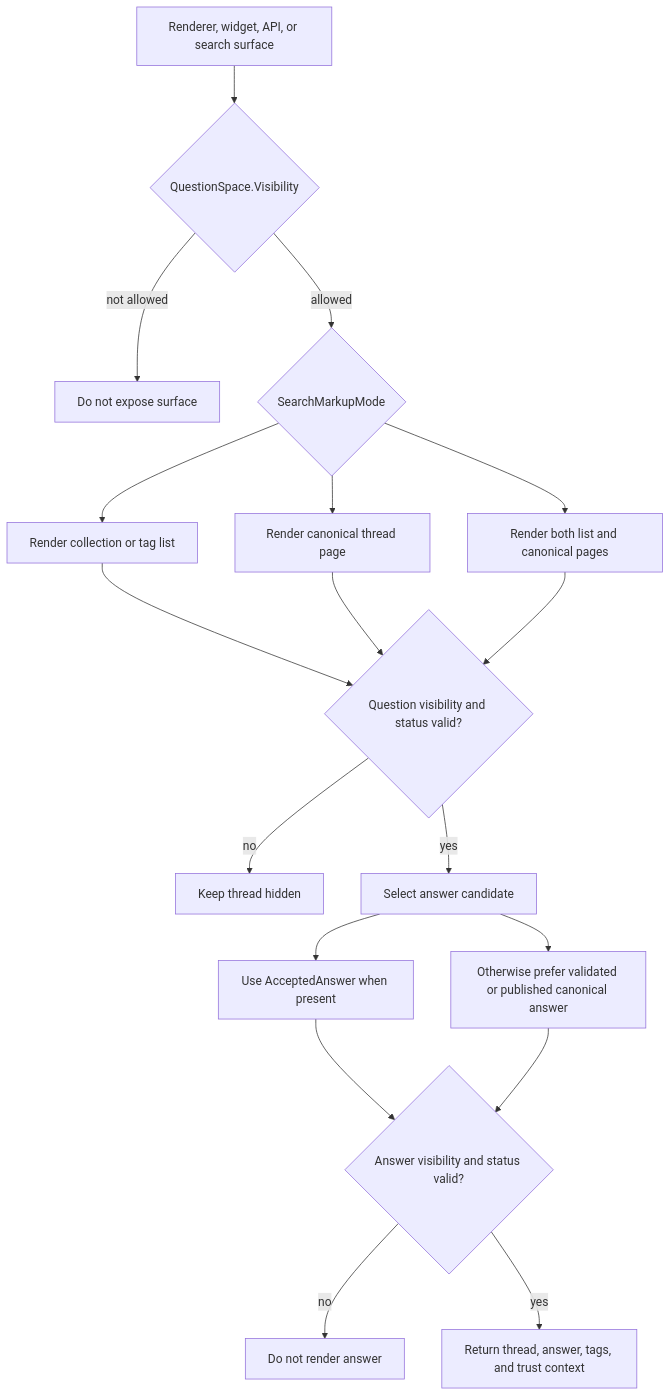
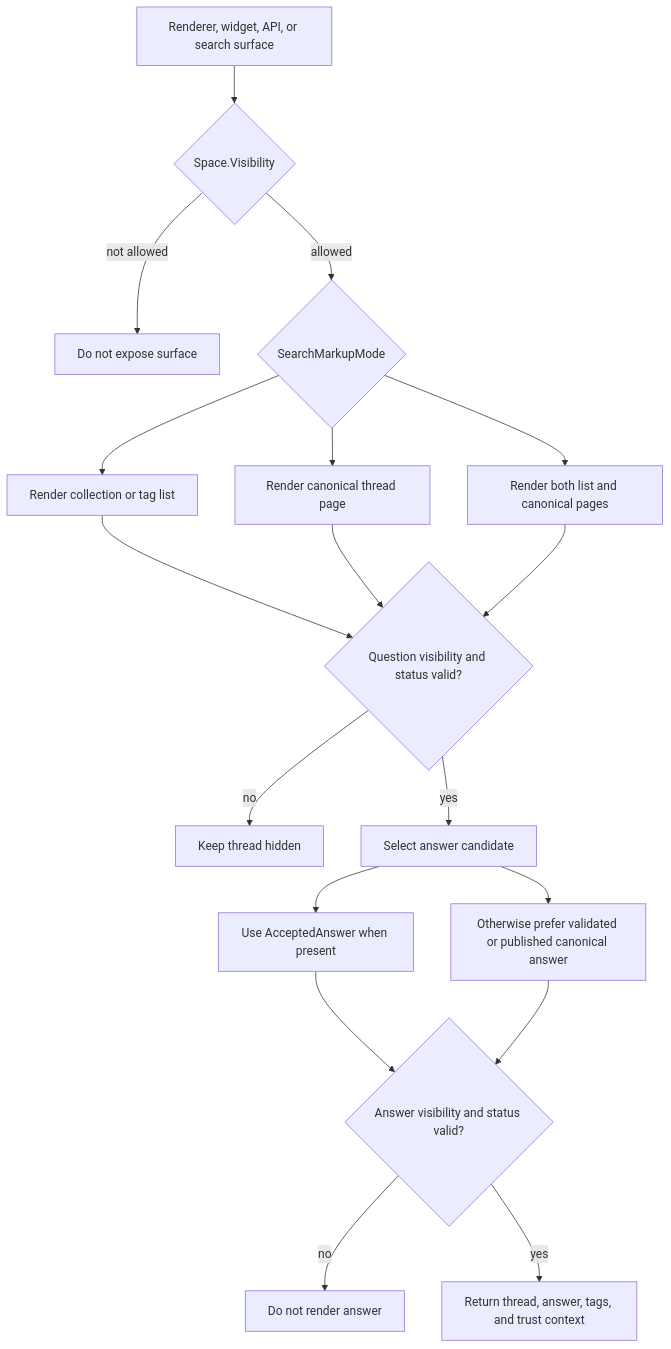
Before and after one commit to marcosrioj/querify: the diagram in dotnet/BaseFaq.Sample.Features.NewQaModel/Flows/07-discovery-and-consumption.md, drawn with Mermaid. The commit also changed other lines of this file and 261 other files, not shown here.

````diff
--- a/dotnet/BaseFaq.Sample.Features.NewQaModel/Flows/07-discovery-and-consumption.md
+++ b/dotnet/BaseFaq.Sample.Features.NewQaModel/Flows/07-discovery-and-consumption.md
@@ -7,20 +7,20 @@
 ```mermaid
 flowchart TD
-    Request[Renderer, widget, API, or search surface] --> SpaceGate{QuestionSpace.Visibility}
+    Request[Renderer, widget, API, or search surface] --> SpaceGate{Space.Visibility}
     SpaceGate -->|not allowed| Stop[Do not expose surface]
     SpaceGate -->|allowed| Markup{SearchMarkupMode}
     Markup --> CuratedList[Render collection or tag list]
     Markup --> QuestionPage[Render canonical thread page]
     Markup --> Hybrid[Render both list and canonical pages]
     CuratedList --> Filter
     QuestionPage --> Filter
     Hybrid --> Filter
     Filter{Question visibility and status valid?} -->|no| Hide[Keep thread hidden]
     Filter -->|yes| Pick[Select answer candidate]
     Pick --> Accepted[Use AcceptedAnswer when present]
     Pick --> Fallback[Otherwise prefer validated or published canonical answer]
     Accepted --> AnswerGate
     Fallback --> AnswerGate
     AnswerGate{Answer visibility and status valid?} -->|no| HideAnswer[Do not render answer]
     AnswerGate -->|yes| Experience[Return thread, answer, tags, and trust context]
 ```
````
